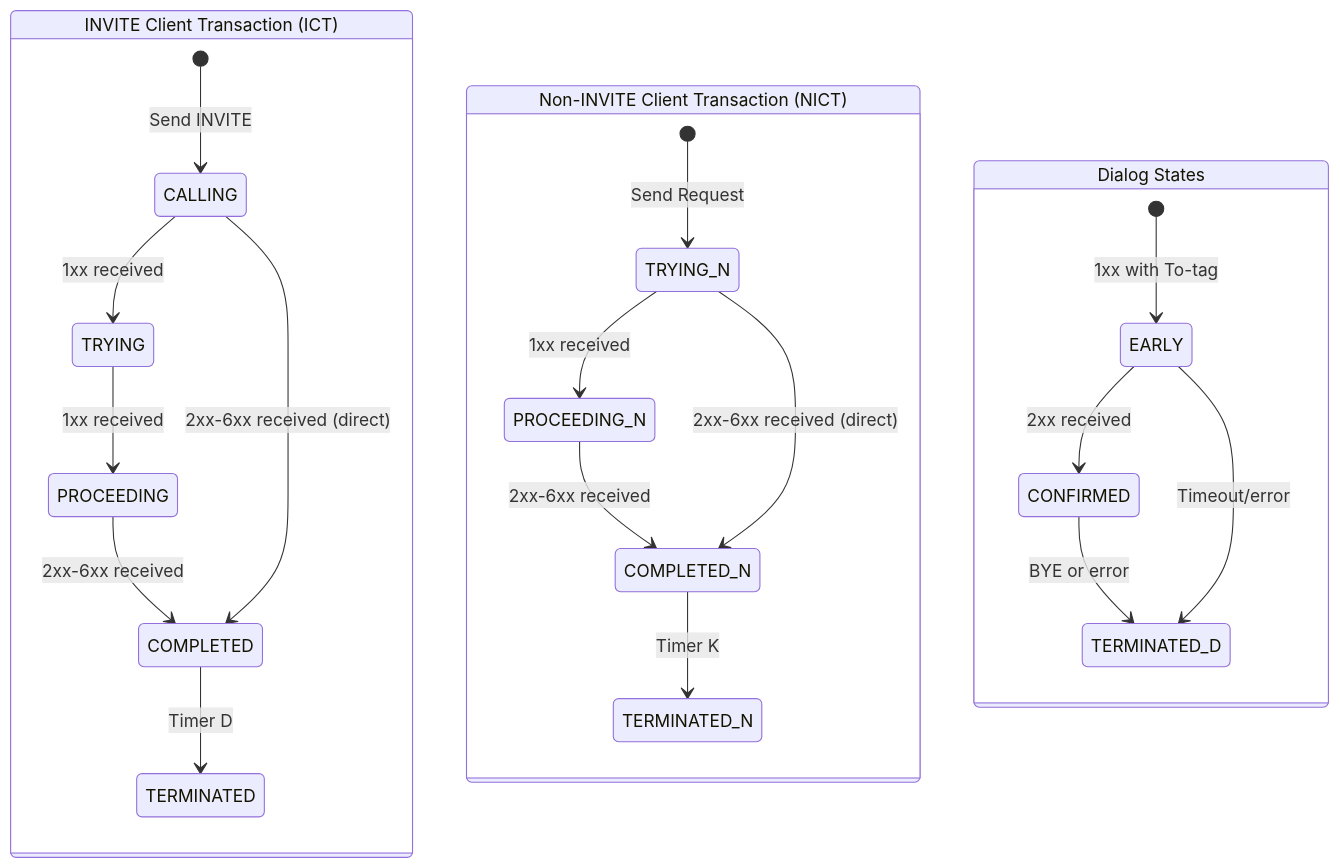
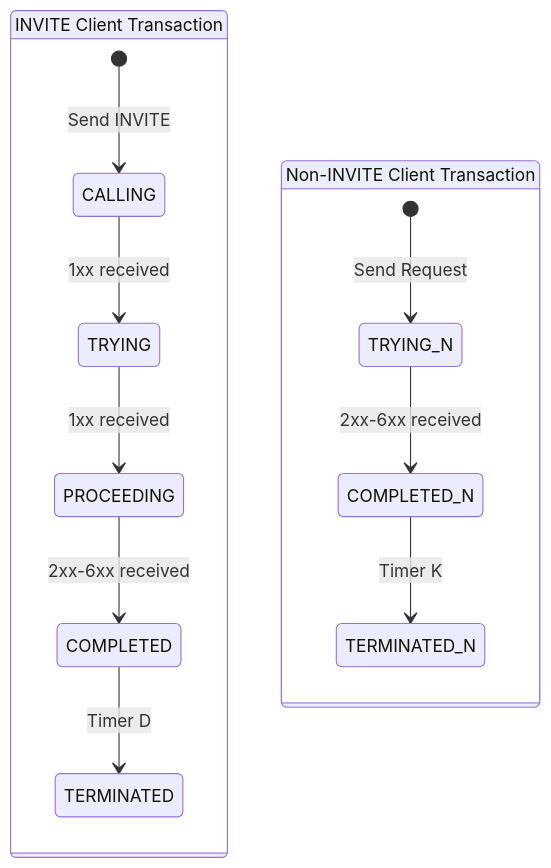
One commit to oornnery/sipx changed the fifth of 9 diagrams in docs/SDD.md. Above: the diagram before and after it, drawn with Mermaid. The commit also changed other lines of this file and 18 other files, not shown here.

````diff
--- a/docs/SDD.md
+++ b/docs/SDD.md
@@ -443,26 +516,16 @@
 ```mermaid
 stateDiagram-v2
-    state "INVITE Client Transaction (ICT)" as ICT {
+    state "INVITE Client Transaction" as ICT {
         [*] --> CALLING: Send INVITE
         CALLING --> TRYING: 1xx received
         TRYING --> PROCEEDING: 1xx received
         PROCEEDING --> COMPLETED: 2xx-6xx received
         COMPLETED --> TERMINATED: Timer D
-        CALLING --> COMPLETED: 2xx-6xx received (direct)
     }
 
-    state "Non-INVITE Client Transaction (NICT)" as NICT {
+    state "Non-INVITE Client Transaction" as NICT {
         [*] --> TRYING_N: Send Request
-        TRYING_N --> PROCEEDING_N: 1xx received
-        PROCEEDING_N --> COMPLETED_N: 2xx-6xx received
+        TRYING_N --> COMPLETED_N: 2xx-6xx received
         COMPLETED_N --> TERMINATED_N: Timer K
-        TRYING_N --> COMPLETED_N: 2xx-6xx received (direct)
-    }
-
-    state "Dialog States" as DLG {
-        [*] --> EARLY: 1xx with To-tag
-        EARLY --> CONFIRMED: 2xx received
-        CONFIRMED --> TERMINATED_D: BYE or error
-        EARLY --> TERMINATED_D: Timeout/error
     }
 ```
````
